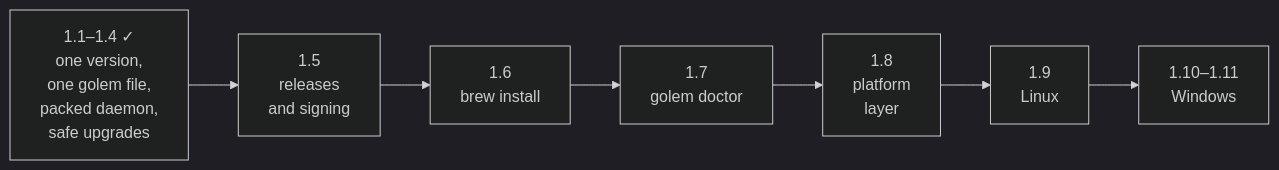
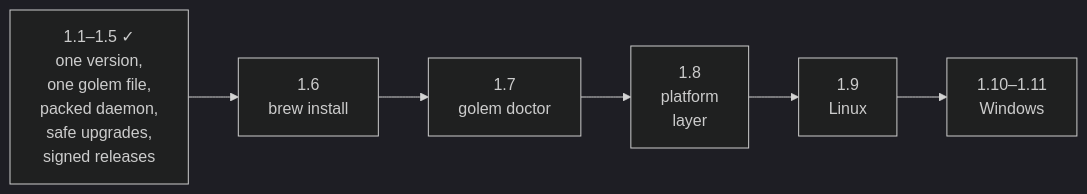
Diagram 13 of 13 in docs/sre.md (MilanPavel/golem), drawn with Mermaid (dark theme) before and after one commit. The commit also changed other lines of this file and 12 other files, not shown here.

Commit message:
Release - a version tag builds, signs, and checks golem, then publishes it.

````diff
--- a/docs/sre.md
+++ b/docs/sre.md
@@ -499,4 +658,4 @@
 ```mermaid
 flowchart LR
-  done["1.1–1.4 ✓<br/>one version,<br/>one golem file,<br/>packed daemon,<br/>safe upgrades"] --> s15["1.5<br/>releases<br/>and signing"] --> s16["1.6<br/>brew install"] --> s17["1.7<br/>golem doctor"] --> s18["1.8<br/>platform<br/>layer"] --> s19["1.9<br/>Linux"] --> s110["1.10–1.11<br/>Windows"]
+  done["1.1–1.5 ✓<br/>one version,<br/>one golem file,<br/>packed daemon,<br/>safe upgrades,<br/>signed releases"] --> s16["1.6<br/>brew install"] --> s17["1.7<br/>golem doctor"] --> s18["1.8<br/>platform<br/>layer"] --> s19["1.9<br/>Linux"] --> s110["1.10–1.11<br/>Windows"]
 ```
````
